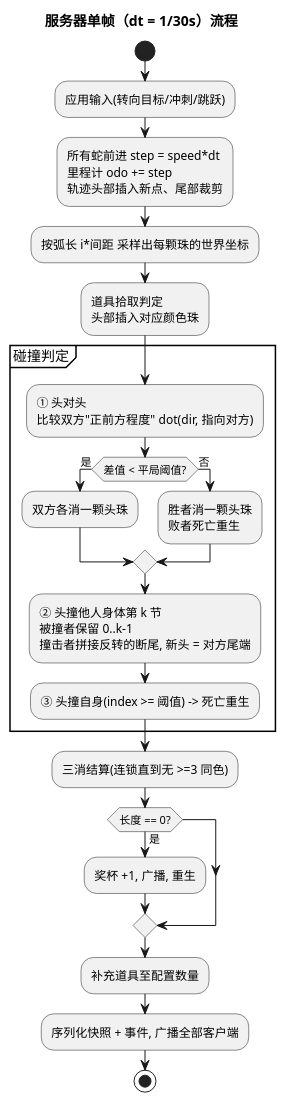
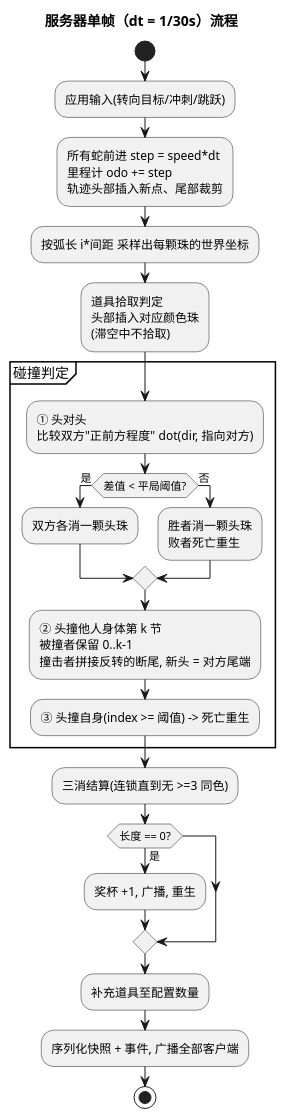
One commit to crvsrvn/SnakeMatch3 changed the diagram in docs/tick.puml. Above: the diagram before and after it, drawn with PlantUML. The commit also changed 9 other files, not shown here.

```diff
--- a/docs/tick.puml
+++ b/docs/tick.puml
@@ -1,26 +1,26 @@
 @startuml tick
 title 服务器单帧（dt = 1/30s）流程
 
 start
 :应用输入(转向目标/冲刺/跳跃);
 :所有蛇前进 step = speed*dt\n里程计 odo += step\n轨迹头部插入新点、尾部裁剪;
 :按弧长 i*间距 采样出每颗珠的世界坐标;
-:道具拾取判定\n头部插入对应颜色珠;
+:道具拾取判定\n头部插入对应颜色珠\n(滞空中不拾取);
 partition 碰撞判定 {
   :① 头对头\n比较双方"正前方程度" dot(dir, 指向对方);
   if (差值 < 平局阈值?) then (是)
     :双方各消一颗头珠;
   else (否)
     :胜者消一颗头珠\n败者死亡重生;
   endif
   :② 头撞他人身体第 k 节\n被撞者保留 0..k-1\n撞击者拼接反转的断尾, 新头 = 对方尾端;
   :③ 头撞自身(index >= 阈值) -> 死亡重生;
 }
 :三消结算(连锁直到无 >=3 同色);
 if (长度 == 0?) then (是)
   :奖杯 +1, 广播, 重生;
 endif
 :补充道具至配置数量;
 :序列化快照 + 事件, 广播全部客户端;
 stop
 @enduml
```
